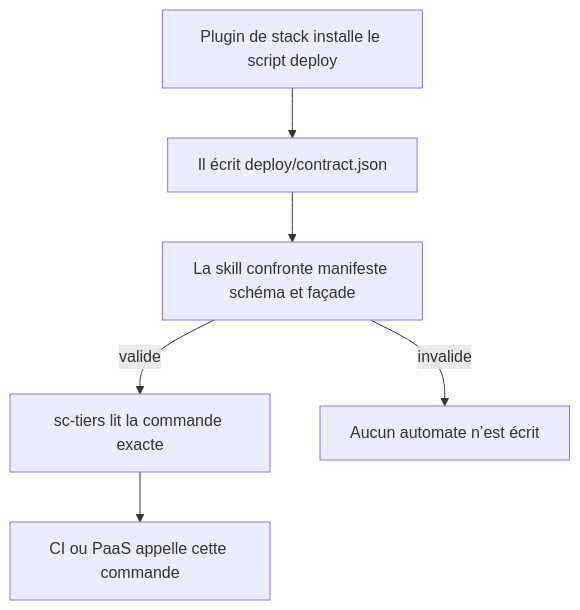
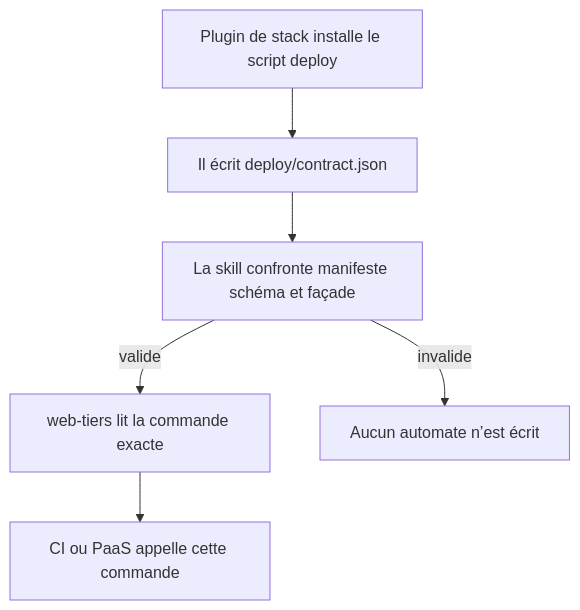
Before and after one commit to RebelliousSmile/aidd-claude-custom: the first of 2 diagrams in aidd_docs/tasks/2026_08/2026_08_28-sc-cd-livraison-multistack/phase-2.md, drawn with Mermaid. The commit also changed other lines of this file and 199 other files, not shown here.

Commit message:
feat-marketplace-rename-web-tiers-and-consolidate-pdf

````diff
--- a/aidd_docs/tasks/2026_08/2026_08_28-sc-cd-livraison-multistack/phase-2.md
+++ b/aidd_docs/tasks/2026_08/2026_08_28-sc-cd-livraison-multistack/phase-2.md
@@ -36,8 +36,8 @@
 ```mermaid
 flowchart TD
   A[Plugin de stack installe le script deploy] --> B[Il écrit deploy/contract.json]
   B --> C[La skill confronte manifeste schéma et façade]
-  C -->|valide| D[sc-tiers lit la commande exacte]
+  C -->|valide| D[web-tiers lit la commande exacte]
   D --> E[CI ou PaaS appelle cette commande]
   C -->|invalide| F[Aucun automate n’est écrit]
 ```
````
